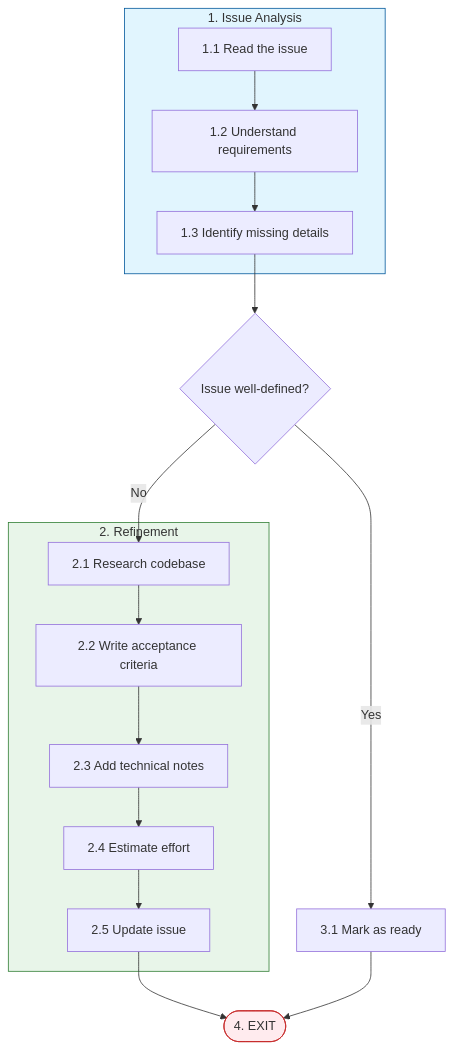
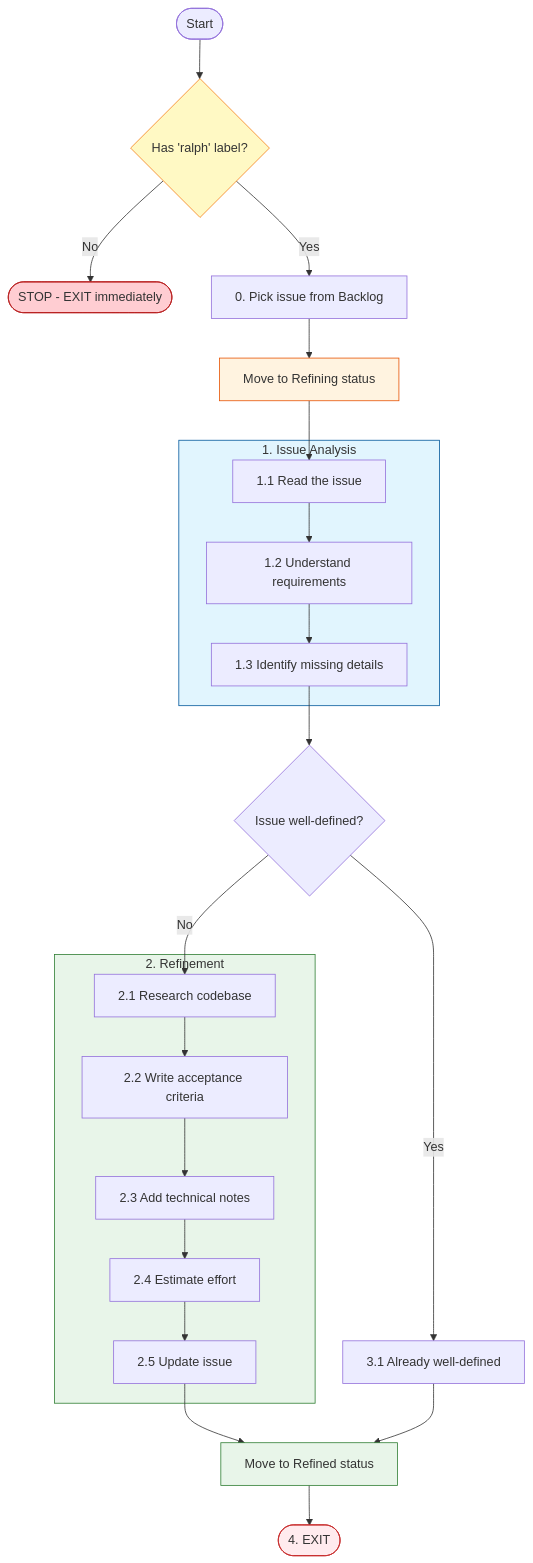
The diagram in .ralph/projects/refine/execute.md (htxryan/ralph-tui), drawn with Mermaid before and after one commit. The commit also changed other lines of this file and 7 other files, not shown here.

````diff
--- a/.ralph/projects/refine/execute.md
+++ b/.ralph/projects/refine/execute.md
@@ -7,31 +30,44 @@
 ```mermaid
 flowchart TD
+    START([Start]) --> CHECK{Has 'ralph' label?}
+    CHECK -->|No| ABORT([STOP - EXIT immediately])
+    CHECK -->|Yes| PICK[0. Pick issue from Backlog]
+    PICK --> MOVE_WIP[Move to Refining status]
+
+    MOVE_WIP --> A1
+
     subgraph analysis[1. Issue Analysis]
         A1[1.1 Read the issue]
         A2[1.2 Understand requirements]
         A3[1.3 Identify missing details]
         A1 --> A2 --> A3
     end
 
     A3 --> B{Issue well-defined?}
     B -->|No| C1
     B -->|Yes| D1
 
     subgraph refinement[2. Refinement]
         C1[2.1 Research codebase]
         C2[2.2 Write acceptance criteria]
         C3[2.3 Add technical notes]
         C4[2.4 Estimate effort]
         C5[2.5 Update issue]
         C1 --> C2 --> C3 --> C4 --> C5
     end
 
-    D1[3.1 Mark as ready]
+    D1[3.1 Already well-defined]
 
-    C5 --> FINISH([4. EXIT])
-    D1 --> FINISH
+    C5 --> MOVE_DONE[Move to Refined status]
+    D1 --> MOVE_DONE
+
+    MOVE_DONE --> FINISH([4. EXIT])
 
     style analysis fill:#e1f5fe,stroke:#01579b
     style refinement fill:#e8f5e9,stroke:#2e7d32
     style FINISH fill:#ffebee,stroke:#c62828
+    style ABORT fill:#ffcdd2,stroke:#b71c1c
+    style CHECK fill:#fff9c4,stroke:#f57f17
+    style MOVE_WIP fill:#fff3e0,stroke:#e65100
+    style MOVE_DONE fill:#e8f5e9,stroke:#2e7d32
 ```
````
